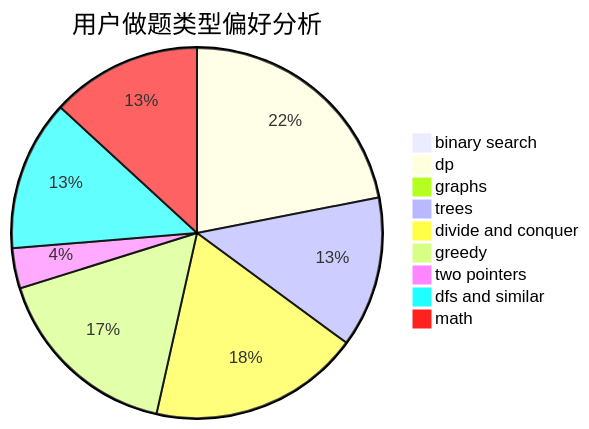
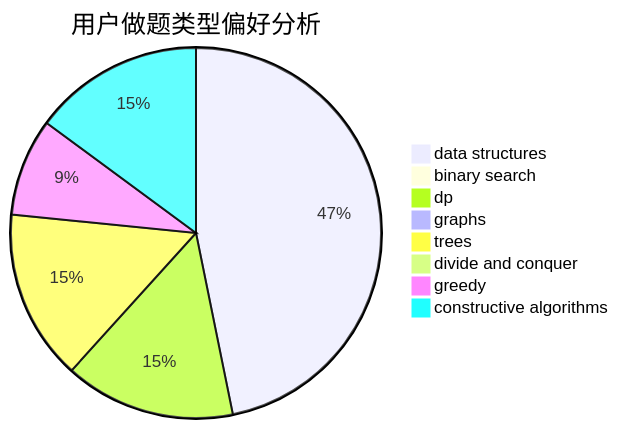
Before and after one commit to sherpahu/cfrs.github.io: the second of 3 diagrams in docs/user/u802.md, drawn with Mermaid. The commit also changed other lines of this file and 2775 other files, not shown here.

````diff
--- a/docs/user/u802.md
+++ b/docs/user/u802.md
@@ -23,12 +23,11 @@
 ```mermaid
 pie title 用户做题类型偏好分析
+    "data structures" :  22
     "binary search" :  0
-    "dp" :  25
+    "dp" :  7
     "graphs" :  0
-    "trees" :  15
-    "divide and conquer" :  21
-    "greedy" :  19
-    "two pointers" :  4
-    "dfs and similar" :  15
-    "math" :  15
+    "trees" :  7
+    "divide and conquer" :  0
+    "greedy" :  4
+    "constructive algorithms" :  7
 ```
````
